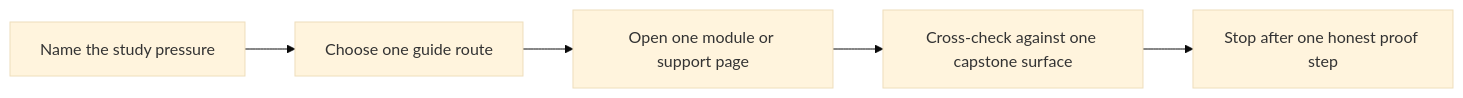
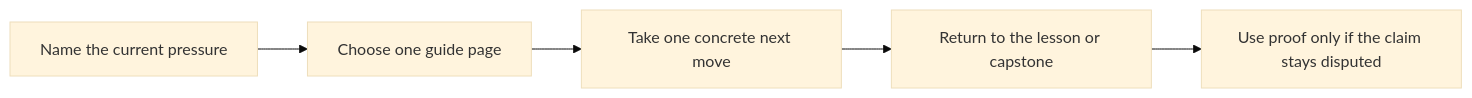
Before and after one commit to bijux/bijux-masterclass: the second of 2 diagrams in programs/python-programming/python-object-oriented-programming/course-book/guides/index.md, drawn with Mermaid (base theme). The commit also changed other lines of this file, not shown here.

Commit message:
docs(oop): turn guide entry into a real routing shelf

````diff
--- a/programs/python-programming/python-object-oriented-programming/course-book/guides/index.md
+++ b/programs/python-programming/python-object-oriented-programming/course-book/guides/index.md
@@ -19,7 +19,7 @@
 ```mermaid
 flowchart LR
-  pressure["Name the study pressure"] --> route["Choose one guide route"]
-  route --> module["Open one module or support page"]
-  module --> capstone["Cross-check against one capstone surface"]
-  capstone --> proof["Stop after one honest proof step"]
+  pressure["Name the current pressure"] --> shelf["Choose one guide page"]
+  shelf --> move["Take one concrete next move"]
+  move --> lesson["Return to the lesson or capstone"]
+  lesson --> proof["Use proof only if the claim stays disputed"]
 ```
````
